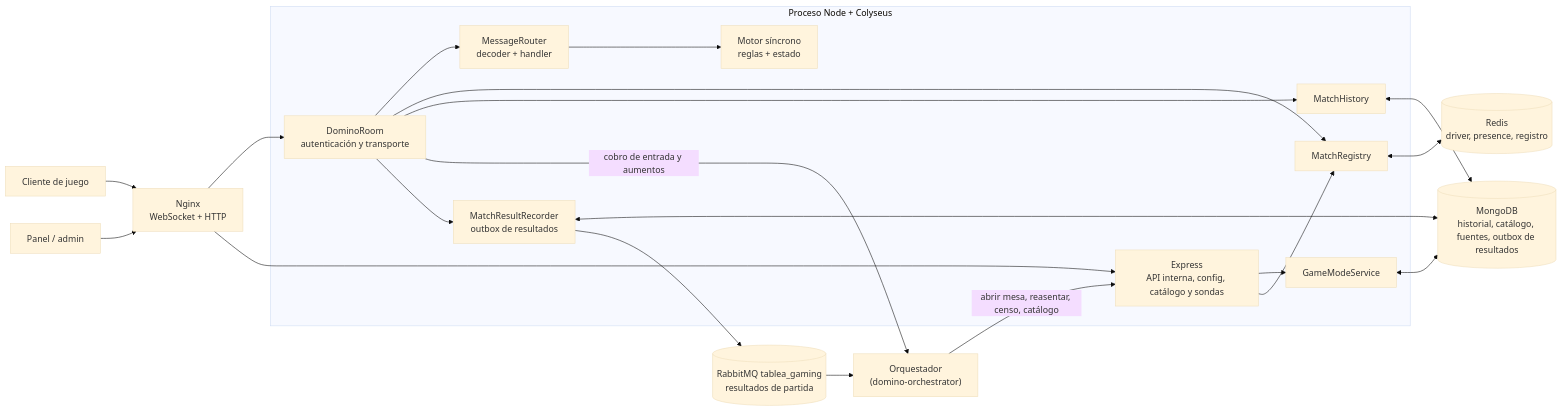
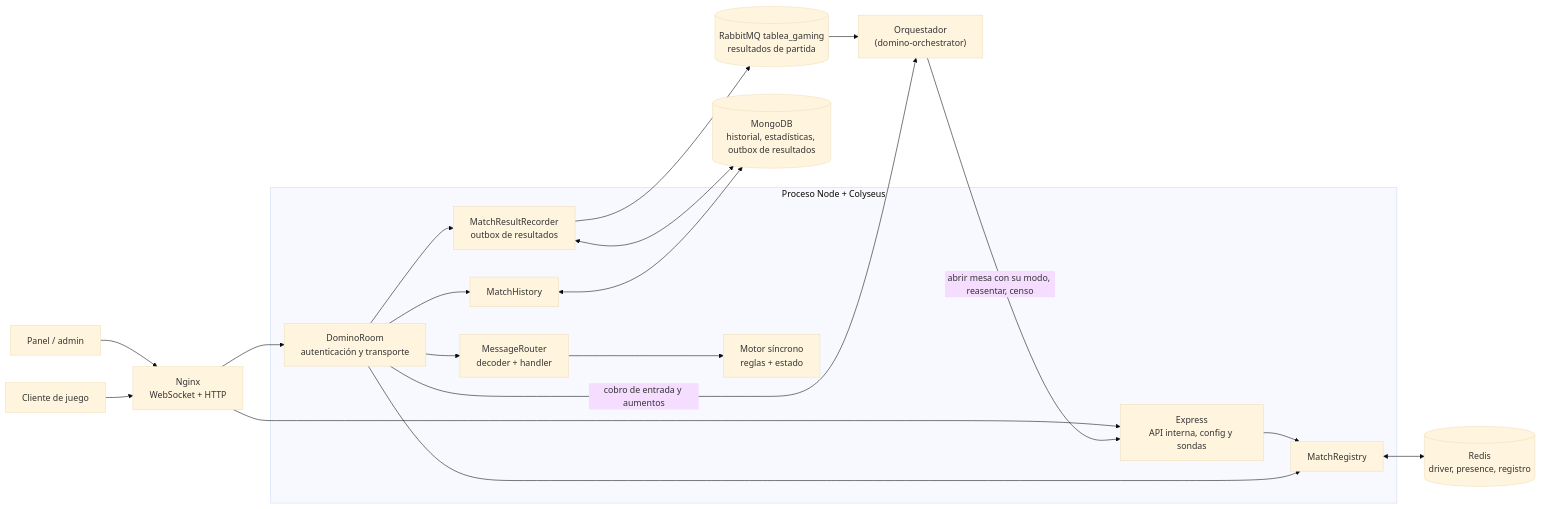
One commit to Betaso-Team/domino-backend-v2 changed the first of 5 diagrams in docs/arquitectura.md. Above: the diagram before and after it, drawn with Mermaid (base theme). The commit also changed other lines of this file and 6 other files, not shown here.

````diff
--- a/docs/arquitectura.md
+++ b/docs/arquitectura.md
@@ -15,41 +15,38 @@
 ```mermaid
 flowchart LR
   Client["Cliente de juego"]
   Orch["Orquestador\n(domino-orchestrator)"]
   Panel["Panel / admin"]
   Proxy["Nginx\nWebSocket + HTTP"]
 
   subgraph Process["Proceso Node + Colyseus"]
     Room["DominoRoom\nautenticación y transporte"]
     Router["MessageRouter\ndecoder + handler"]
     Engine["Motor síncrono\nreglas + estado"]
-    HTTP["Express\nAPI interna, config, catálogo y sondas"]
+    HTTP["Express\nAPI interna, config y sondas"]
     Registry["MatchRegistry"]
-    Catalog["GameModeService"]
     History["MatchHistory"]
     Results["MatchResultRecorder\noutbox de resultados"]
   end
 
   Redis[("Redis\ndriver, presence, registro")]
-  Mongo[("MongoDB\nhistorial, catálogo, fuentes, outbox de resultados")]
+  Mongo[("MongoDB\nhistorial, estadísticas, outbox de resultados")]
   Games[("RabbitMQ tablea_gaming\nresultados de partida")]
 
   Client --> Proxy
   Panel --> Proxy
-  Orch -->|"abrir mesa, reasentar, censo, catálogo"| HTTP
+  Orch -->|"abrir mesa con su modo, reasentar, censo"| HTTP
   Proxy --> Room
   Proxy --> HTTP
   Room --> Router --> Engine
   Room --> Registry
   Room --> History
   Room -->|"cobro de entrada y aumentos"| Orch
   Room --> Results
-  HTTP --> Catalog
   HTTP --> Registry
   Registry <--> Redis
   History <--> Mongo
-  Catalog <--> Mongo
   Results <--> Mongo
   Results --> Games
   Games --> Orch
 ```
````
